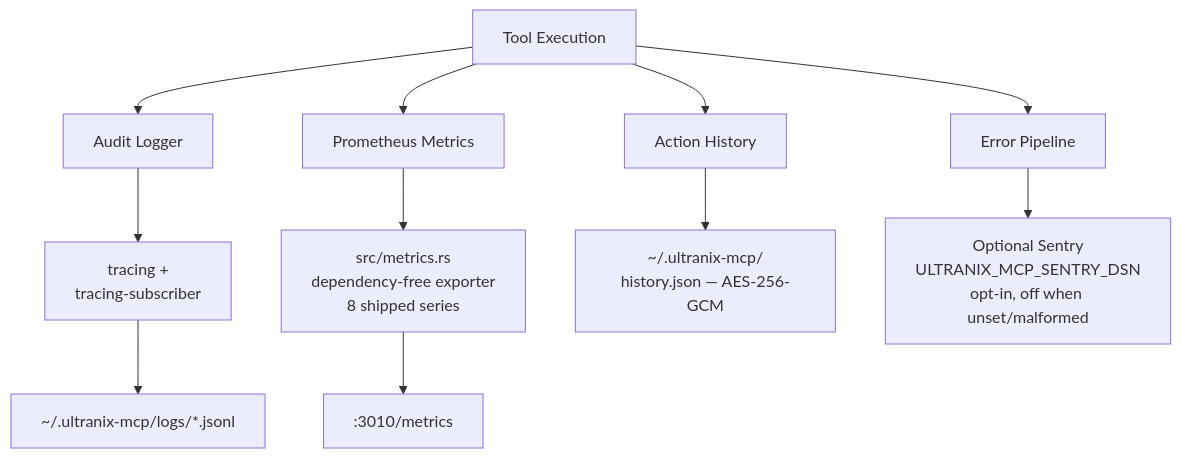
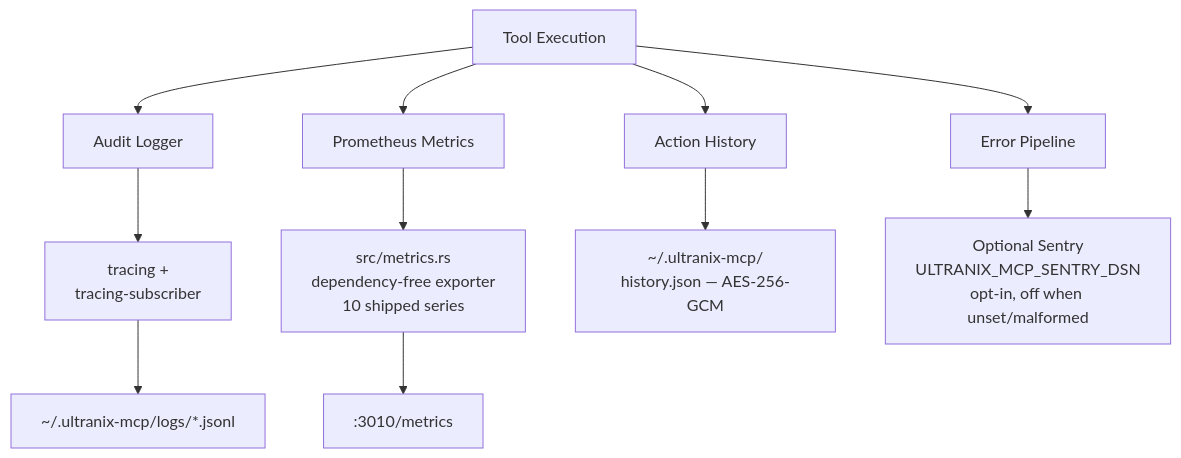
The fifth of 9 diagrams in docs/ARCHITECTURE.md (jxoesneon/ultranix-mcp), drawn with Mermaid before and after one commit. The commit also changed other lines of this file and 33 other files, not shown here.

````diff
--- a/docs/ARCHITECTURE.md
+++ b/docs/ARCHITECTURE.md
@@ -472,15 +482,15 @@
 ```mermaid
 graph TB
     EXEC[Tool Execution] --> LOG[Audit Logger]
     EXEC --> METRICS[Prometheus Metrics]
     EXEC --> HISTORY[Action History]
     EXEC --> ERR[Error Pipeline]
 
     LOG --> TRACING[tracing +<br/>tracing-subscriber]
-    METRICS --> PROM[src/metrics.rs<br/>dependency-free exporter<br/>8 shipped series]
+    METRICS --> PROM[src/metrics.rs<br/>dependency-free exporter<br/>10 shipped series]
     HISTORY --> JSON[~/.ultranix-mcp/<br/>history.json — AES-256-GCM]
     ERR --> SENTRY2[Optional Sentry<br/>ULTRANIX_MCP_SENTRY_DSN<br/>opt-in, off when unset/malformed]
 
     TRACING --> DISK[~/.ultranix-mcp/logs/*.jsonl]
     PROM --> ENDPOINT[:3010/metrics]
 ```
````
